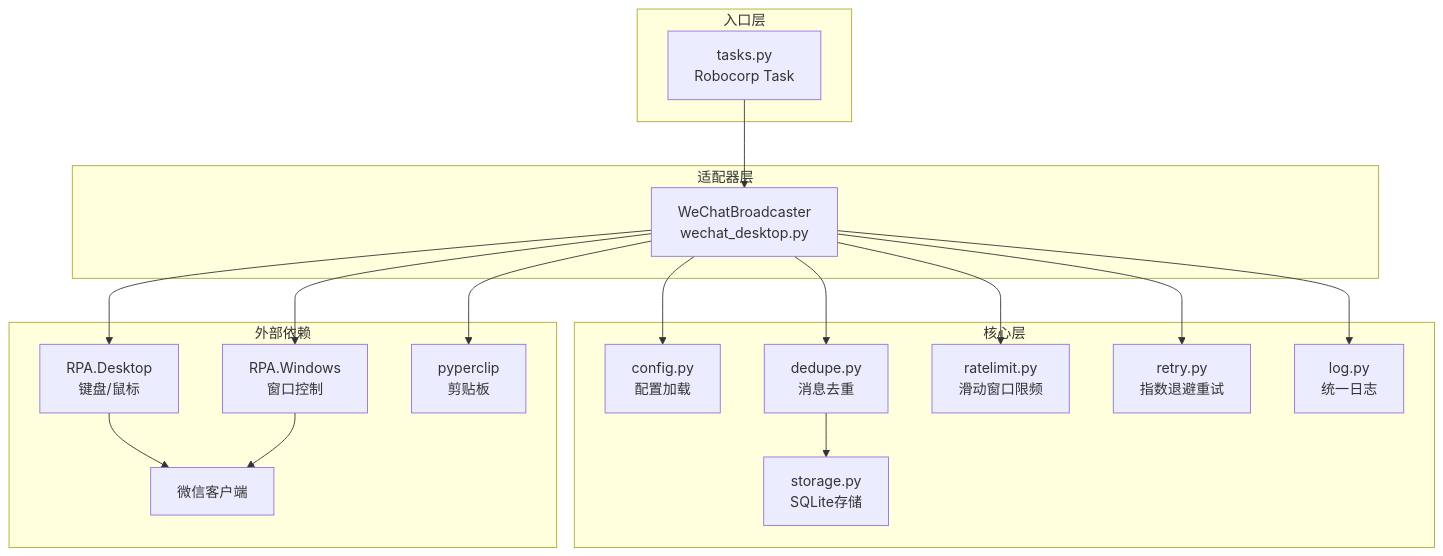
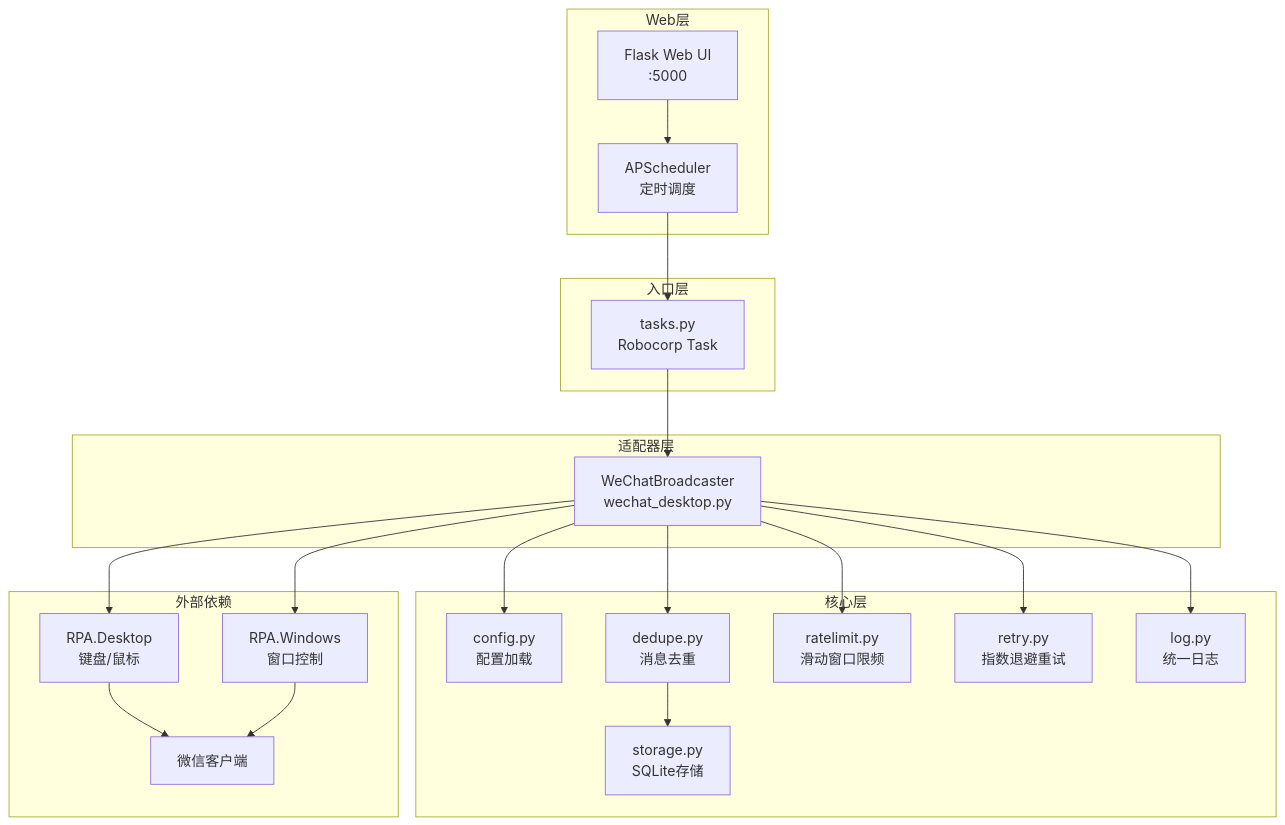
Before and after one commit to R2-D1-coder/chat-automation-hub: the second of 4 diagrams in README.md, drawn with Mermaid. The commit also changed other lines of this file and 14 other files, not shown here.

````diff
--- a/README.md
+++ b/README.md
@@ -20,39 +156,44 @@
 ```mermaid
 graph TB
+    subgraph Web层
+        W[Flask Web UI<br/>:5000]
+        S[APScheduler<br/>定时调度]
+    end
+    
     subgraph 入口层
         A[tasks.py<br/>Robocorp Task]
     end
     
     subgraph 适配器层
         B[WeChatBroadcaster<br/>wechat_desktop.py]
     end
     
     subgraph 核心层
         C[config.py<br/>配置加载]
         D[dedupe.py<br/>消息去重]
         E[ratelimit.py<br/>滑动窗口限频]
         F[retry.py<br/>指数退避重试]
         G[storage.py<br/>SQLite存储]
         H[log.py<br/>统一日志]
     end
     
     subgraph 外部依赖
         I[RPA.Desktop<br/>键盘/鼠标]
         J[RPA.Windows<br/>窗口控制]
-        K[pyperclip<br/>剪贴板]
-        L[微信客户端]
+        K[微信客户端]
     end
     
+    W --> S
+    S --> A
     A --> B
     B --> C
     B --> D
     B --> E
     B --> F
     D --> G
     B --> H
     B --> I
     B --> J
-    B --> K
-    I --> L
-    J --> L
+    I --> K
+    J --> K
 ```
````
